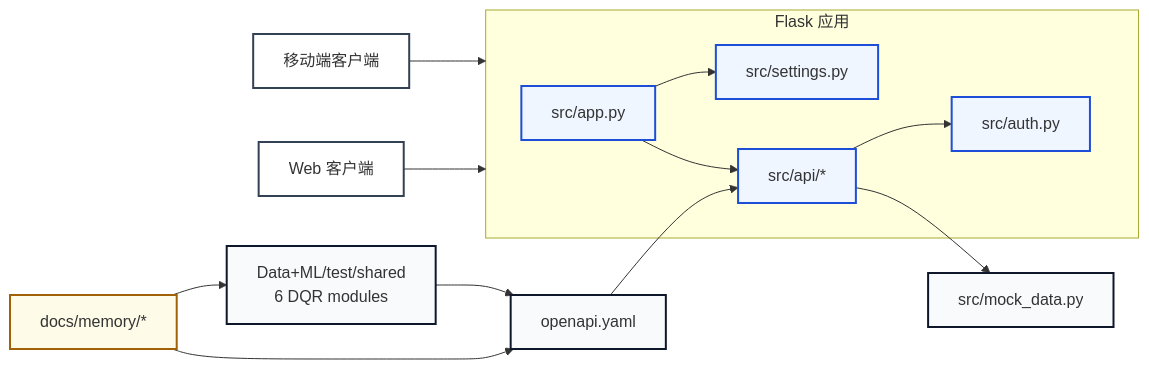
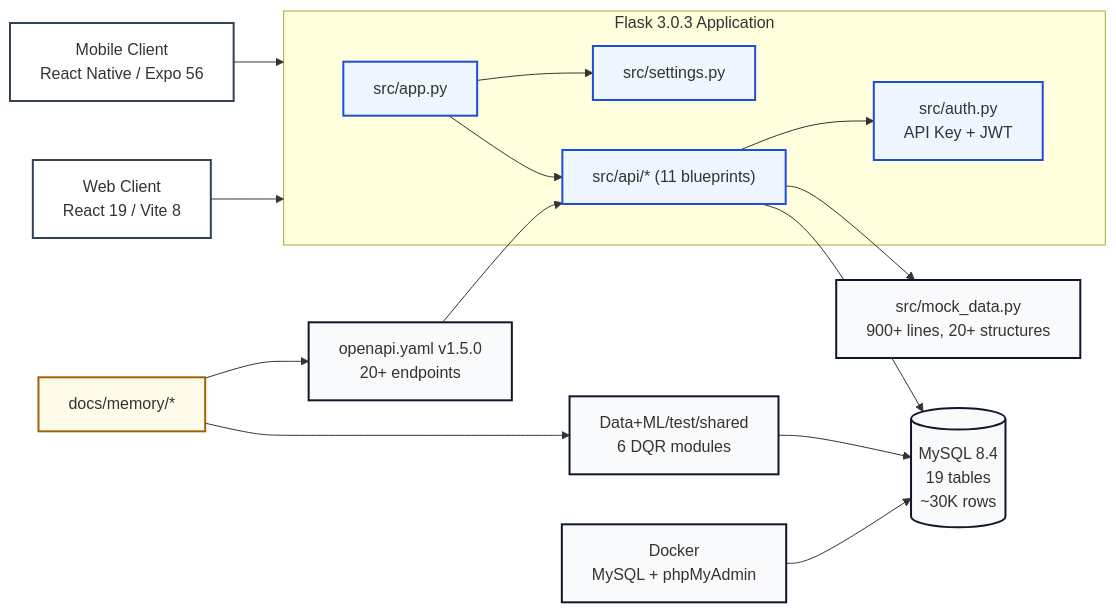
Before and after one commit to ChingYunHsu/Group6_Summer-Project: the diagram in docs/memory/project-overview.md, drawn with Mermaid. The commit also changed other lines of this file and 59 other files, not shown here.

````diff
--- a/docs/memory/project-overview.md
+++ b/docs/memory/project-overview.md
@@ -25,33 +27,37 @@
 ```mermaid
 graph LR
     classDef client fill:#ffffff,stroke:#334155,stroke-width:2px;
     classDef api fill:#eff6ff,stroke:#1d4ed8,stroke-width:2px;
     classDef data fill:#f8fafc,stroke:#0f172a,stroke-width:2px;
     classDef memory fill:#fefce8,stroke:#a16207,stroke-width:2px;
 
-    Mobile[移动端客户端]:::client
-    Web[Web 客户端]:::client
+    Mobile[Mobile Client<br/>React Native / Expo 56]:::client
+    Web[Web Client<br/>React 19 / Vite 8]:::client
 
-    subgraph Flask[Flask 应用]
+    subgraph Flask[Flask 3.0.3 Application]
       App[src/app.py]:::api
-      Auth[src/auth.py]:::api
+      Auth[src/auth.py<br/>API Key + JWT]:::api
       Settings[src/settings.py]:::api
-      Blueprints[src/api/*]:::api
+      Blueprints["src/api/* (11 blueprints)"]:::api
     end
 
-    Mock[src/mock_data.py]:::data
-    OpenAPI[openapi.yaml]:::data
+    Mock[src/mock_data.py<br/>900+ lines, 20+ structures]:::data
+    OpenAPI["openapi.yaml v1.5.0<br/>20+ endpoints"]:::data
+    DB[(MySQL 8.4<br/>19 tables<br/>~30K rows)]:::data
     Pipeline[Data+ML/test/shared<br/>6 DQR modules]:::data
+    Docker[Docker<br/>MySQL + phpMyAdmin]:::data
     Memory[docs/memory/*]:::memory
 
     Mobile --> Flask
     Web --> Flask
     App --> Blueprints
     Blueprints --> Mock
     Blueprints --> Auth
     App --> Settings
+    Blueprints --> DB
     OpenAPI --> Blueprints
-    Pipeline --> OpenAPI
+    Pipeline --> DB
+    Docker --> DB
     Memory --> OpenAPI
     Memory --> Pipeline
 ```
````
